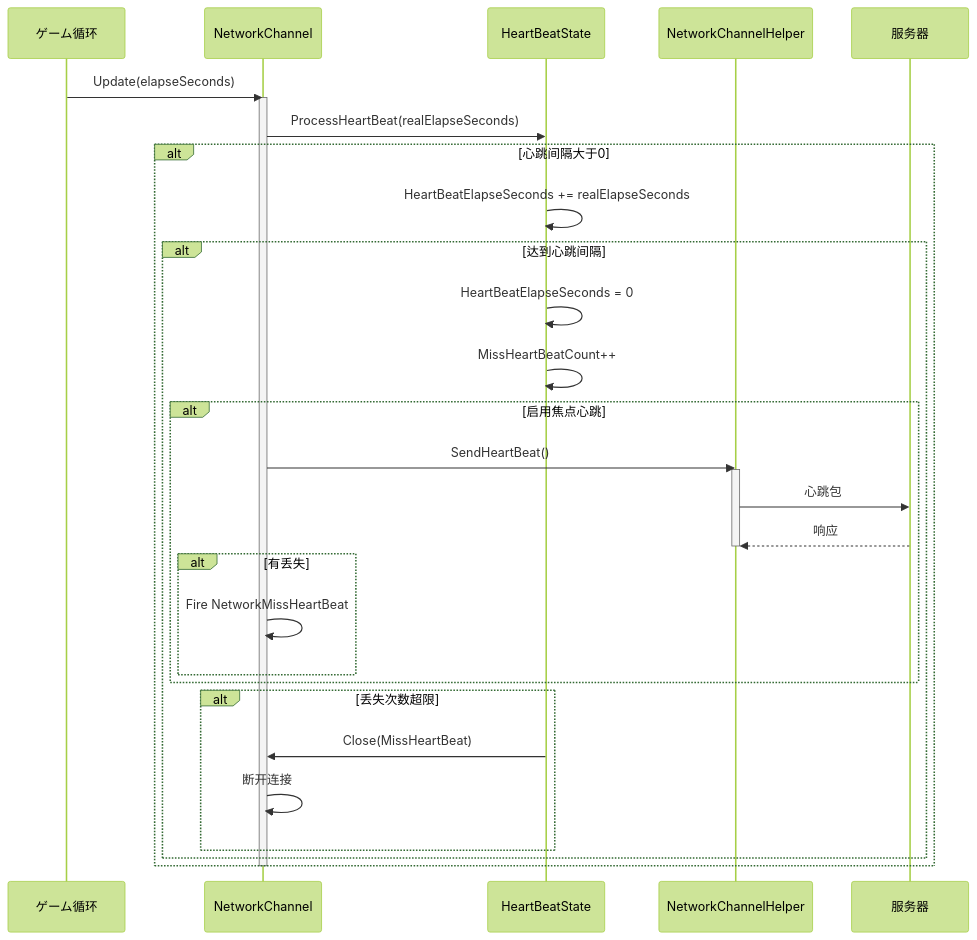
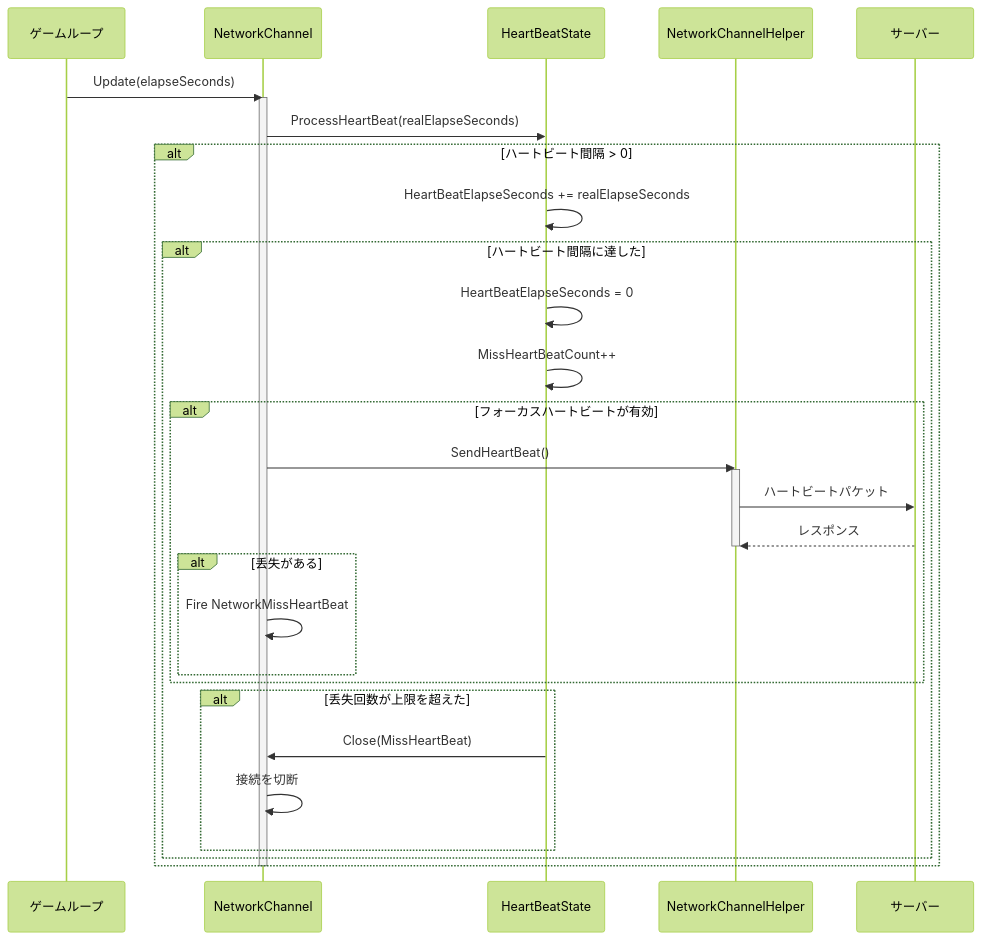
Before and after one commit to AlianBlank/GameFrameX.Docs: the second of 2 diagrams in docs/ja/client/unity/component/network/09.heartbeat.md, drawn with Mermaid (forest theme). The commit also changed other lines of this file and 320 other files, not shown here.

````diff
--- a/docs/ja/client/unity/component/network/09.heartbeat.md
+++ b/docs/ja/client/unity/component/network/09.heartbeat.md
@@ -66,40 +66,40 @@
 ```mermaid
 sequenceDiagram
-    participant GameLoop as ゲーム循环
+    participant GameLoop as ゲームループ
     participant Channel as NetworkChannel
     participant HBState as HeartBeatState
     participant Helper as NetworkChannelHelper
-    participant Server as 服务器
+    participant Server as サーバー
 
     GameLoop->>Channel: Update(elapseSeconds)
     activate Channel
     Channel->>HBState: ProcessHeartBeat(realElapseSeconds)
     
-    alt 心跳间隔大于0
+    alt ハートビート間隔 > 0
         HBState->>HBState: HeartBeatElapseSeconds += realElapseSeconds
         
-        alt 达到心跳间隔
+        alt ハートビート間隔に達した
             HBState->>HBState: HeartBeatElapseSeconds = 0
             HBState->>HBState: MissHeartBeatCount++
             
-            alt 启用焦点心跳
+            alt フォーカスハートビートが有効
                 Channel->>Helper: SendHeartBeat()
                 activate Helper
-                Helper->>Server: 心跳包
-                Server-->>Helper: 响应
+                Helper->>Server: ハートビートパケット
+                Server-->>Helper: レスポンス
                 deactivate Helper
                 
-                alt 有丢失
+                alt 丢失がある
                     Channel->>Channel: Fire NetworkMissHeartBeat
                 end
             end
             
-            alt 丢失次数超限
+            alt 丢失回数が上限を超えた
                 HBState->>Channel: Close(MissHeartBeat)
-                Channel->>Channel: 断开连接
+                Channel->>Channel: 接続を切断
             end
         end
     end
     
     deactivate Channel
 ```
````
